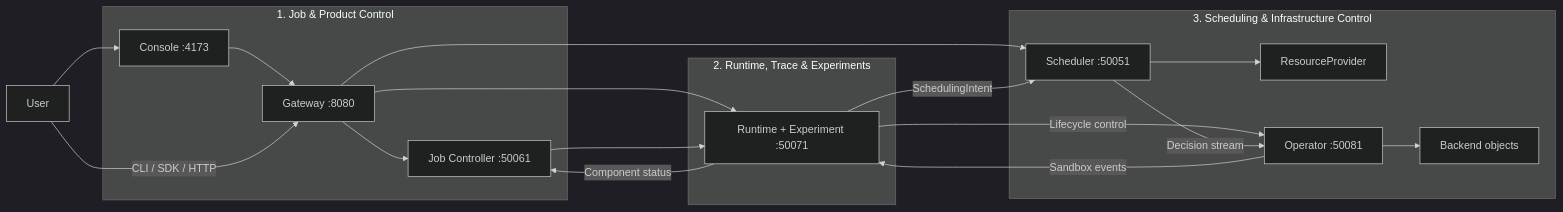
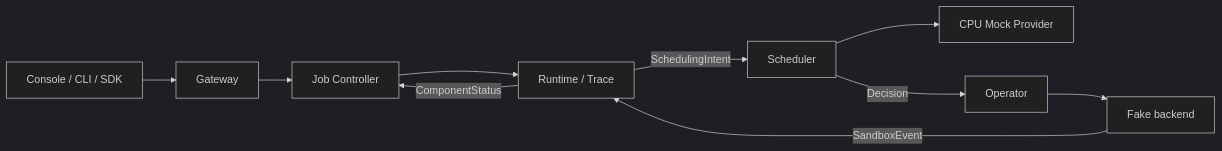
Before and after one commit to Blizzard-cyber/TGS-RL: the diagram in README.md, drawn with Mermaid (dark theme). The commit also changed other lines of this file and 20 other files, not shown here.

````diff
--- a/README.md
+++ b/README.md
@@ -37,35 +85,13 @@
 ```mermaid
 flowchart LR
-  USER[User]
-
-  subgraph PRODUCT[1. Job & Product Control]
-    CONSOLE[Console :4173]
-    GATEWAY[Gateway :8080]
-    CONTROL[Job Controller :50061]
-  end
-
-  subgraph RUNTIME[2. Runtime, Trace & Experiments]
-    RT[Runtime + Experiment :50071]
-  end
-
-  subgraph INFRA[3. Scheduling & Infrastructure Control]
-    SCHED[Scheduler :50051]
-    PROVIDER[ResourceProvider]
-    OP[Operator :50081]
-    OBJECTS[Backend objects]
-  end
-
-  USER --> CONSOLE --> GATEWAY
-  USER -->|CLI / SDK / HTTP| GATEWAY
-  GATEWAY --> CONTROL
-  GATEWAY --> SCHED
-  GATEWAY --> RT
-  CONTROL --> RT
-  RT -->|SchedulingIntent| SCHED
-  RT -->|Lifecycle control| OP
-  SCHED --> PROVIDER
-  SCHED -->|Decision stream| OP
-  OP --> OBJECTS
-  OP -->|Sandbox events| RT
-  RT -->|Component status| CONTROL
+  USER[Console / CLI / SDK]
+  USER --> G[Gateway]
+  G --> J[Job Controller]
+  J --> R[Runtime / Trace]
+  R -->|SchedulingIntent| S[Scheduler]
+  S --> P[CPU Mock Provider]
+  S -->|Decision| O[Operator]
+  O --> F[Fake backend]
+  F -->|SandboxEvent| R
+  R -->|ComponentStatus| J
 ```
````
